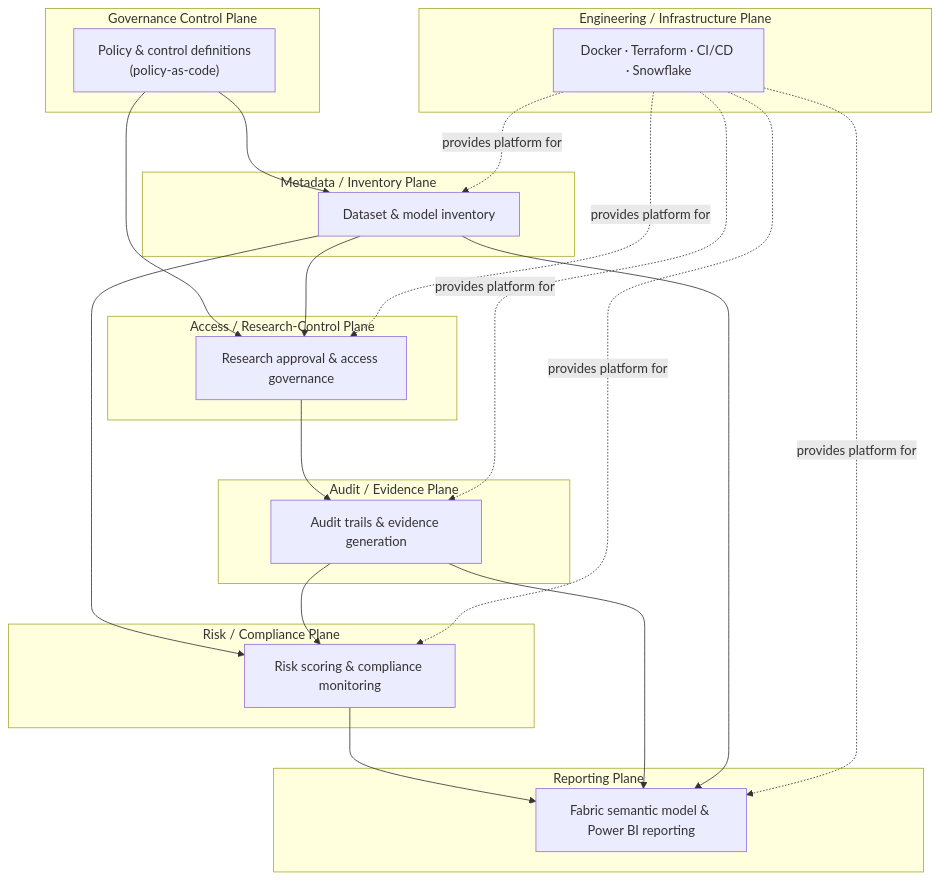
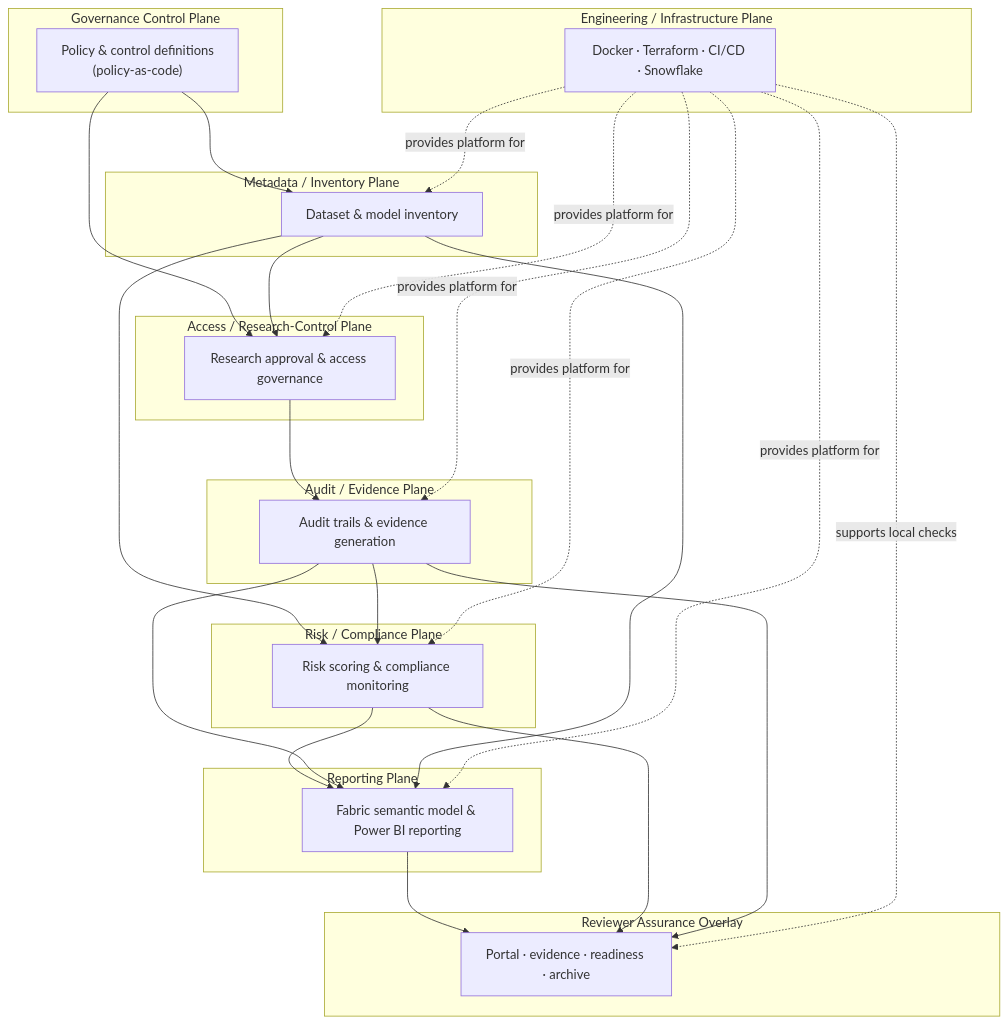
Before and after one commit to Ibraheemolasupogit/healthcare-ai-governance-platform: the diagram in reports/architecture.md, drawn with Mermaid. The commit also changed other lines of this file and 9 other files, not shown here.

````diff
--- a/reports/architecture.md
+++ b/reports/architecture.md
@@ -179,46 +196,54 @@
 ```mermaid
 graph TB
     subgraph GC["Governance Control Plane"]
         GC1["Policy & control definitions\n(policy-as-code)"]
     end
 
     subgraph MI["Metadata / Inventory Plane"]
         MI1["Dataset & model inventory"]
     end
 
     subgraph AR["Access / Research-Control Plane"]
         AR1["Research approval & access governance"]
     end
 
     subgraph AE["Audit / Evidence Plane"]
         AE1["Audit trails & evidence generation"]
     end
 
     subgraph RC["Risk / Compliance Plane"]
         RC1["Risk scoring & compliance monitoring"]
     end
 
     subgraph RP["Reporting Plane"]
         RP1["Fabric semantic model & Power BI reporting"]
     end
 
     subgraph EI["Engineering / Infrastructure Plane"]
         EI1["Docker · Terraform · CI/CD · Snowflake"]
     end
 
+    subgraph RO["Reviewer Assurance Overlay"]
+        RO1["Portal · evidence · readiness · archive"]
+    end
+
     GC1 --> MI1
     GC1 --> AR1
     MI1 --> AR1
     AR1 --> AE1
     MI1 --> RC1
     AE1 --> RC1
     RC1 --> RP1
     AE1 --> RP1
     MI1 --> RP1
+    RP1 --> RO1
+    RC1 --> RO1
+    AE1 --> RO1
+    EI1 -.supports local checks.-> RO1
 
     EI1 -.provides platform for.-> MI1
     EI1 -.provides platform for.-> AR1
     EI1 -.provides platform for.-> AE1
     EI1 -.provides platform for.-> RC1
     EI1 -.provides platform for.-> RP1
 ```
````
